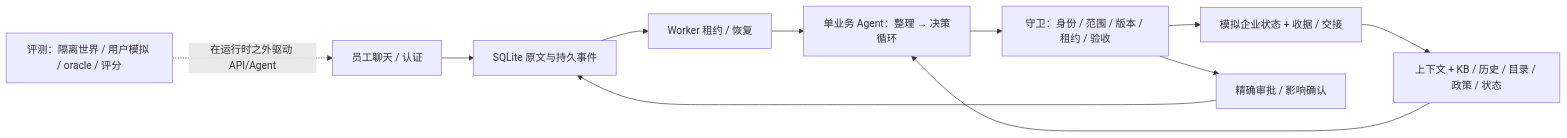
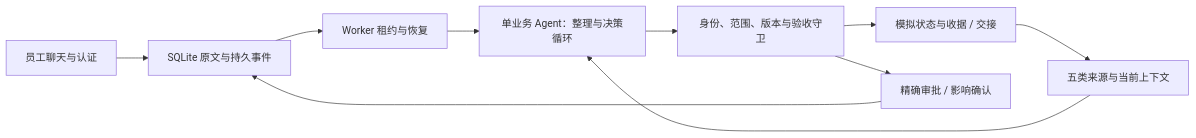
Before and after one commit to Yaliang-Cai/ithelper-project: the diagram in README.md, drawn with Mermaid. The commit also changed other lines of this file and 25 other files, not shown here.

````diff
--- a/README.md
+++ b/README.md
@@ -53,13 +35,12 @@
 ```mermaid
 flowchart LR
-  E[员工聊天 / 认证] --> Q[SQLite 原文与持久事件]
-  Q --> W[Worker 租约 / 恢复]
-  W --> A[单业务 Agent：整理 → 决策循环]
-  C[上下文 + KB / 历史 / 目录 / 政策 / 状态] --> A
-  A --> G[守卫：身份 / 范围 / 版本 / 租约 / 验收]
-  G --> S[模拟企业状态 + 收据 / 交接]
+  E[员工聊天与认证] --> Q[SQLite 原文与持久事件]
+  Q --> W[Worker 租约与恢复]
+  W --> A[单业务 Agent：整理与决策循环]
+  C[五类来源与当前上下文] --> A
+  A --> G[身份、范围、版本与验收守卫]
+  G --> S[模拟状态与收据 / 交接]
   G --> P[精确审批 / 影响确认]
   P --> Q
   S --> C
-  V[评测：隔离世界 / 用户模拟 / oracle / 评分] -. 在运行时之外驱动 API/Agent .-> E
 ```
````
